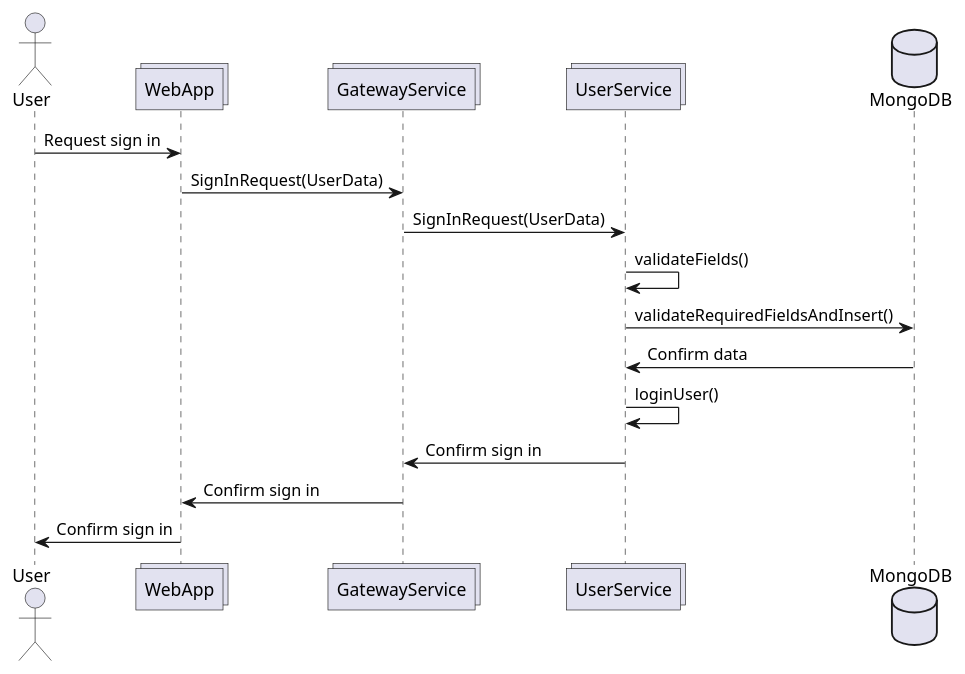
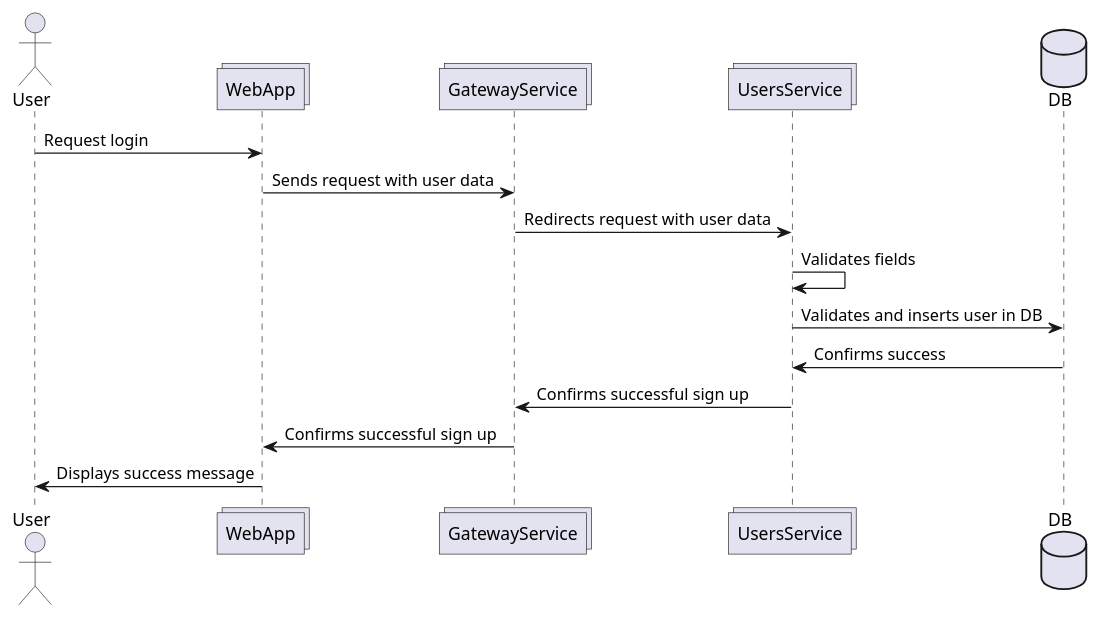
Before and after one commit to Arquisoft/wichat_es3b: the third of 12 diagrams in docs/src/06_runtime_view.adoc, drawn with PlantUML. The commit also changed other lines of this file, not shown here.

```diff
--- a/docs/src/06_runtime_view.adoc
+++ b/docs/src/06_runtime_view.adoc
@@ -43,19 +87,18 @@
 [plantuml,"SignIn diagram",svg]
 ----
 actor User
 collections WebApp
 collections GatewayService
-collections UserService
-database DB as "MongoDB"
+collections UsersService
+database DB
 
-User -> WebApp: Request sign in
-WebApp -> GatewayService: SignInRequest(UserData)
-GatewayService  -> UserService: SignInRequest(UserData)
-UserService -> UserService: validateFields()
-UserService  -> DB: validateRequiredFieldsAndInsert()
-DB -> UserService: Confirm data
-UserService -> UserService: loginUser()
-UserService -> GatewayService: Confirm sign in
-GatewayService -> WebApp: Confirm sign in
-WebApp -> User: Confirm sign in
+User -> WebApp: Request login
+WebApp -> GatewayService: Sends request with user data
+GatewayService  -> UsersService: Redirects request with user data
+UsersService -> UsersService: Validates fields
+UsersService  -> DB: Validates and inserts user in DB
+DB -> UsersService: Confirms success
+UsersService -> GatewayService: Confirms successful sign up
+GatewayService -> WebApp: Confirms successful sign up
+WebApp -> User: Displays success message
 ----
```
